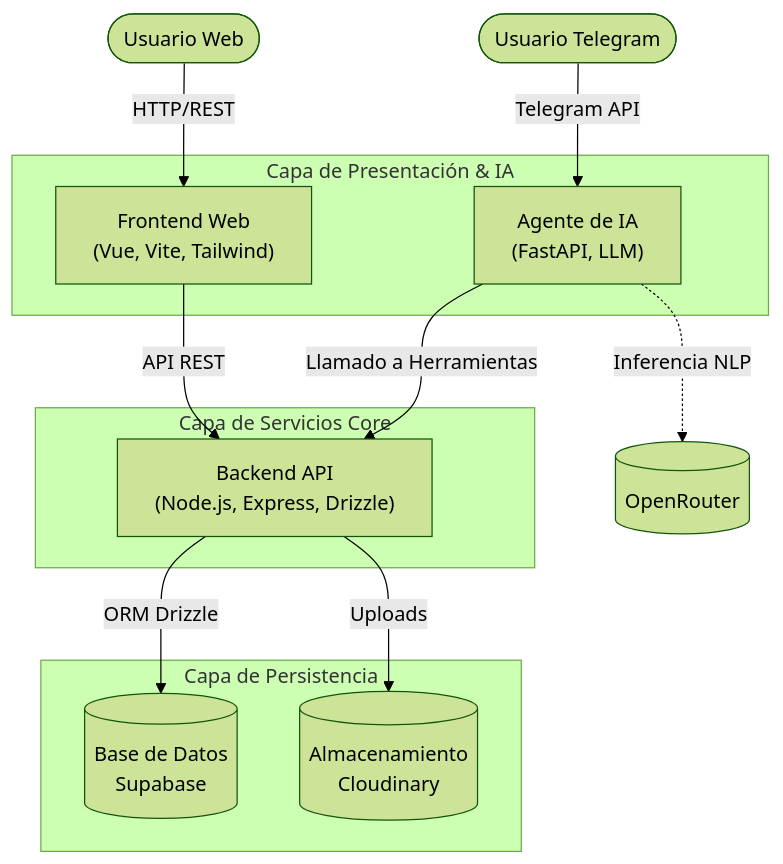
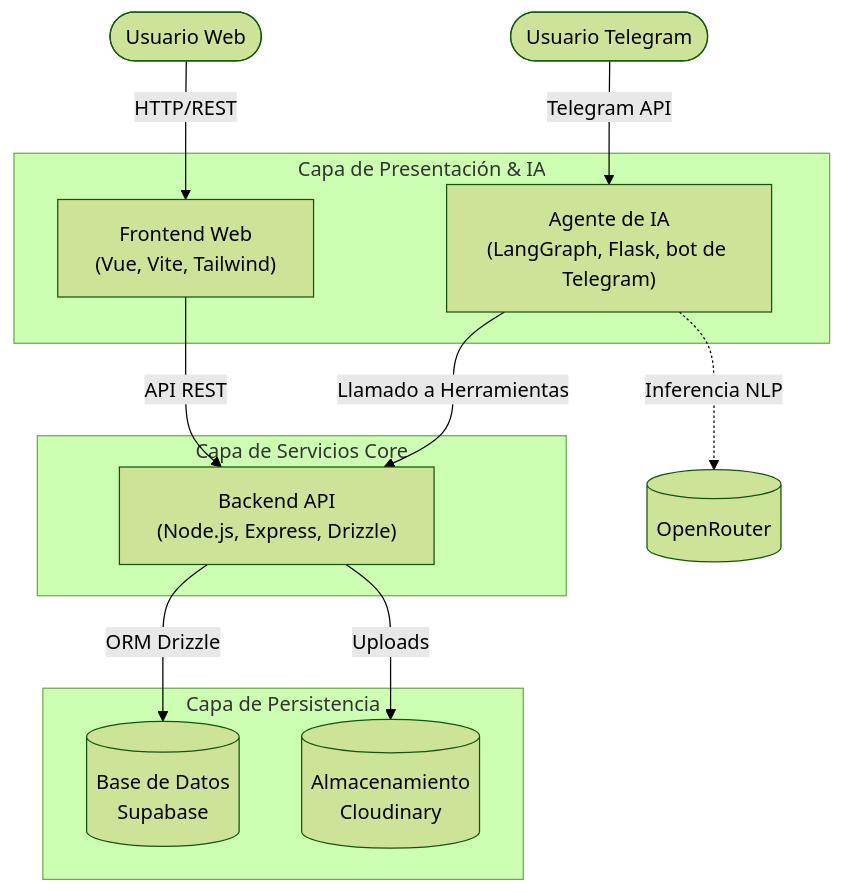
Before and after one commit to Edahi98/InventarioArticulosCasa: the diagram in README.md, drawn with Mermaid (forest theme). The commit also changed other lines of this file, not shown here.

Commit message:
docs: presentar el bot de Telegram como parte del agente en el README

````diff
--- a/README.md
+++ b/README.md
@@ -16,30 +15,30 @@
 ```mermaid
 graph TD
     %% Nodos de Interfaz de Usuario
     UserWeb(["Usuario Web"]) -->|HTTP/REST| Frontend
     UserBot(["Usuario Telegram"]) -->|Telegram API| Agente
 
     %% Componentes Principales
     subgraph "Capa de Presentación & IA"
         Frontend["Frontend Web<br/>(Vue, Vite, Tailwind)"]
-        Agente["Agente de IA<br/>(FastAPI, LLM)"]
+        Agente["Agente de IA<br/>(LangGraph, Flask, bot de Telegram)"]
     end
 
     %% Capa de Backend
     subgraph "Capa de Servicios Core"
         Backend["Backend API<br/>(Node.js, Express, Drizzle)"]
     end
 
     %% Capa de Datos
     subgraph "Capa de Persistencia"
         DB[("Base de Datos<br/>Supabase")]
         Storage[("Almacenamiento<br/>Cloudinary")]
     end
 
     %% Conexiones
     Frontend -->|API REST| Backend
     Agente -->|Llamado a Herramientas| Backend
     Backend -->|ORM Drizzle| DB
     Backend -->|Uploads| Storage
     Agente -.->|Inferencia NLP| LLM[("OpenRouter")]
 ```
````
